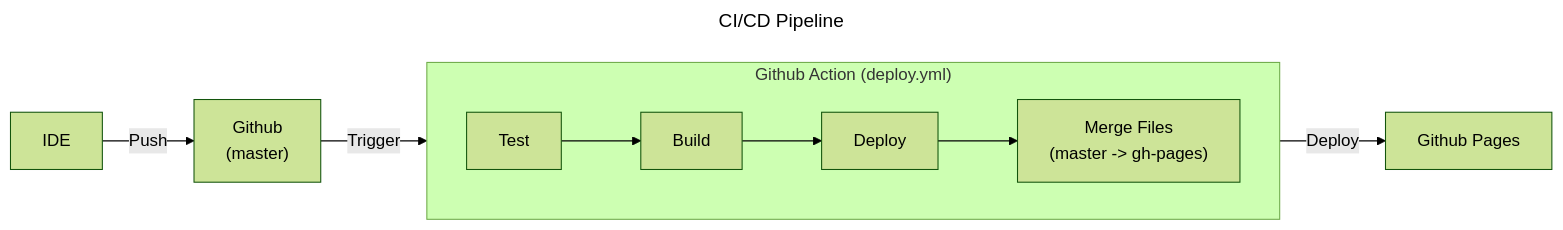
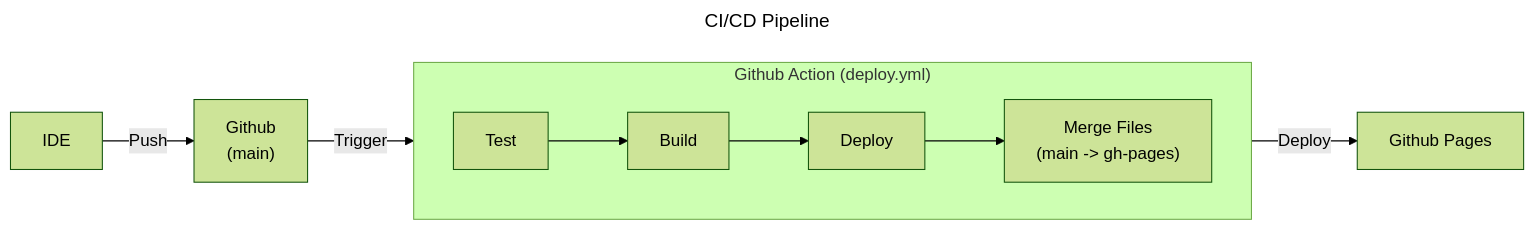
Before and after one commit to GabriOliv/garden: the diagram in docs/project/getting_started.mdx, drawn with Mermaid (forest theme). The commit also changed other lines of this file and 3 other files, not shown here.

Commit message:
fix: atualizar referências de branch 'master' para 'main' na configuração do projeto

````diff
--- a/docs/project/getting_started.mdx
+++ b/docs/project/getting_started.mdx
@@ -19,16 +19,16 @@
 ```mermaid
 ---
 title: CI/CD Pipeline
 ---
 flowchart LR
-	a["IDE"] -->|Push| b["Github<br>(master)"]
+	a["IDE"] -->|Push| b["Github<br>(main)"]
 	b -->|Trigger| c -->|Deploy| d["Github Pages"]
 
 	subgraph c["Github Action (deploy.yml)"]
 		direction LR
 		c1["Test"] -->
 		c2["Build"] -->
 		c3["Deploy"] -->
-		c4["Merge Files<br>(master -> gh-pages)"]
+		c4["Merge Files<br>(main -> gh-pages)"]
 	end
 ```
````
